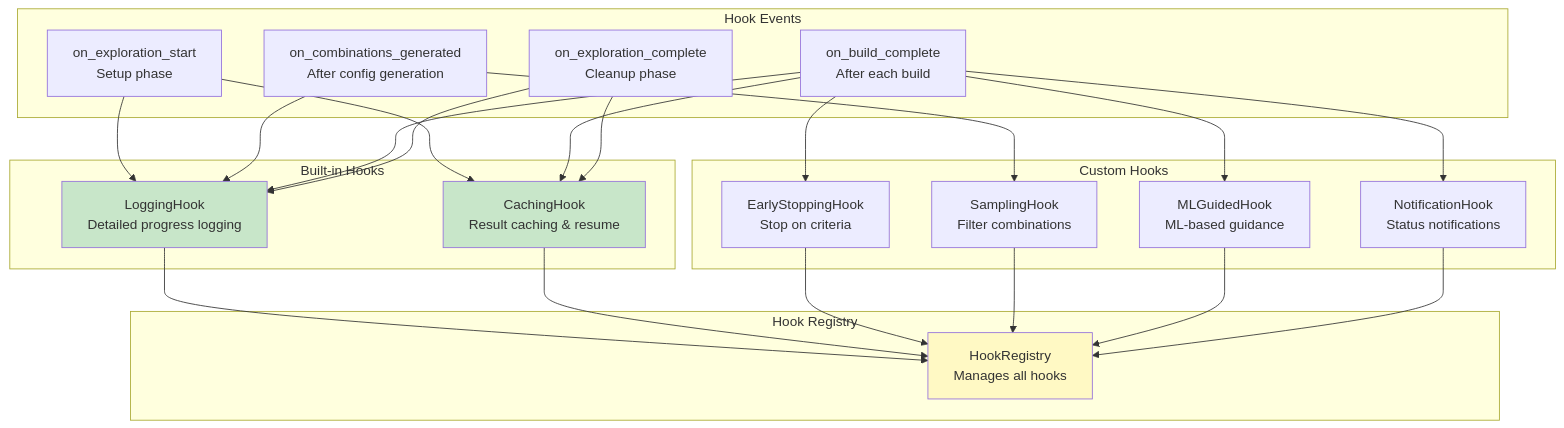
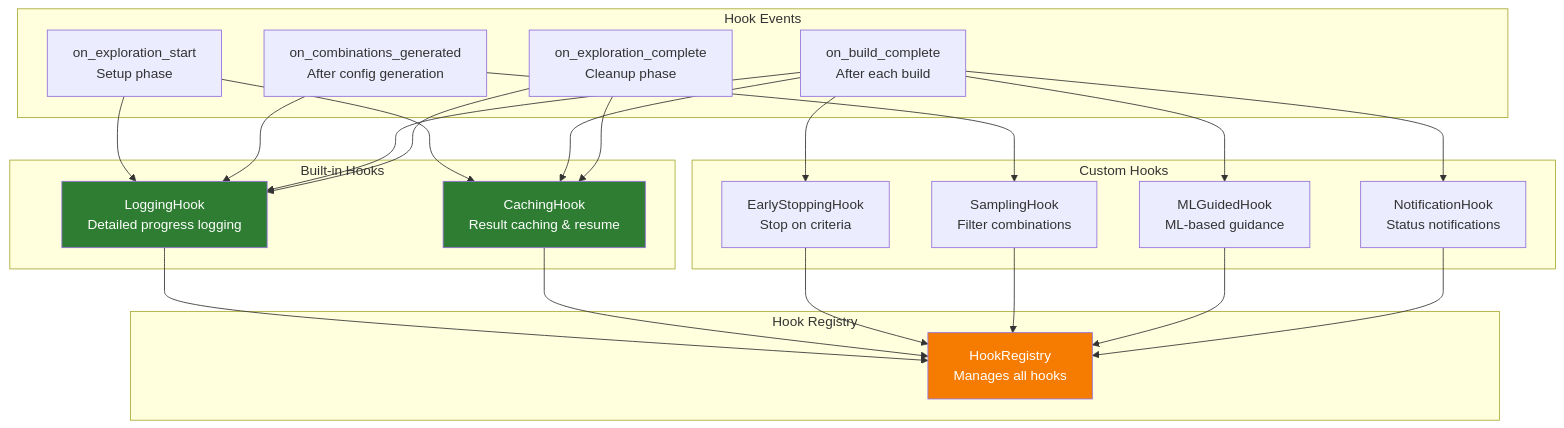
One commit to microsoft/Brainsmith changed the seventh of 9 diagrams in brainsmith/core/phase2/PHASE2_ARCHITECTURE.md. Above: the diagram before and after it, drawn with Mermaid. The commit also changed other lines of this file and 40 other files, not shown here.

````diff
--- a/brainsmith/core/phase2/PHASE2_ARCHITECTURE.md
+++ b/brainsmith/core/phase2/PHASE2_ARCHITECTURE.md
@@ -388,48 +386,48 @@
 ```mermaid
 graph TB
     subgraph "Hook Events"
         ES[on_exploration_start<br/>Setup phase]
         CG[on_combinations_generated<br/>After config generation]
         BC[on_build_complete<br/>After each build]
         EC[on_exploration_complete<br/>Cleanup phase]
     end
     
     subgraph "Built-in Hooks"
         LOG[LoggingHook<br/>Detailed progress logging]
         CACHE[CachingHook<br/>Result caching & resume]
     end
     
     subgraph "Custom Hooks"
         EARLY[EarlyStoppingHook<br/>Stop on criteria]
         SAMPLE[SamplingHook<br/>Filter combinations]
         ML[MLGuidedHook<br/>ML-based guidance]
         NOTIF[NotificationHook<br/>Status notifications]
     end
     
     subgraph "Hook Registry"
         REG[HookRegistry<br/>Manages all hooks]
     end
     
     ES --> LOG
     ES --> CACHE
     CG --> LOG
     CG --> SAMPLE
     BC --> LOG
     BC --> CACHE
     BC --> EARLY
     BC --> ML
     BC --> NOTIF
     EC --> LOG
     EC --> CACHE
     
     LOG --> REG
     CACHE --> REG
     EARLY --> REG
     SAMPLE --> REG
     ML --> REG
     NOTIF --> REG
     
-    style REG fill:#fff9c4
-    style LOG fill:#c8e6c9
-    style CACHE fill:#c8e6c9
+    style REG fill:#f57c00,color:#fff
+    style LOG fill:#2e7d32,color:#fff
+    style CACHE fill:#2e7d32,color:#fff
 ```
````
